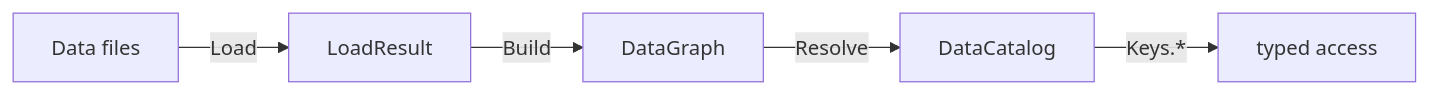
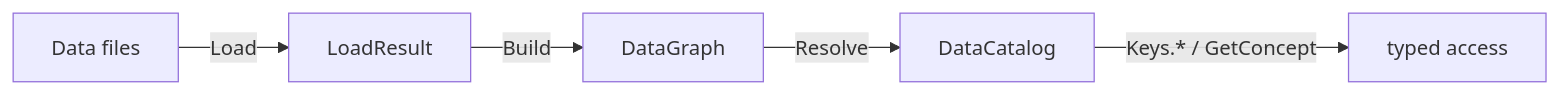
Before and after one commit to fm39hz/DataCatalyst: the first of 2 diagrams in README.md, drawn with Mermaid. The commit also changed other lines of this file and 16 other files, not shown here.

````diff
--- a/README.md
+++ b/README.md
@@ -9,7 +9,7 @@
 ```mermaid
 graph LR
     A[Data files] -->|Load| B[LoadResult]
     B -->|Build| C[DataGraph]
     C -->|Resolve| D[DataCatalog]
-    D -->|Keys.*| E[typed access]
+    D -->|Keys.* / GetConcept| E[typed access]
 ```
````
